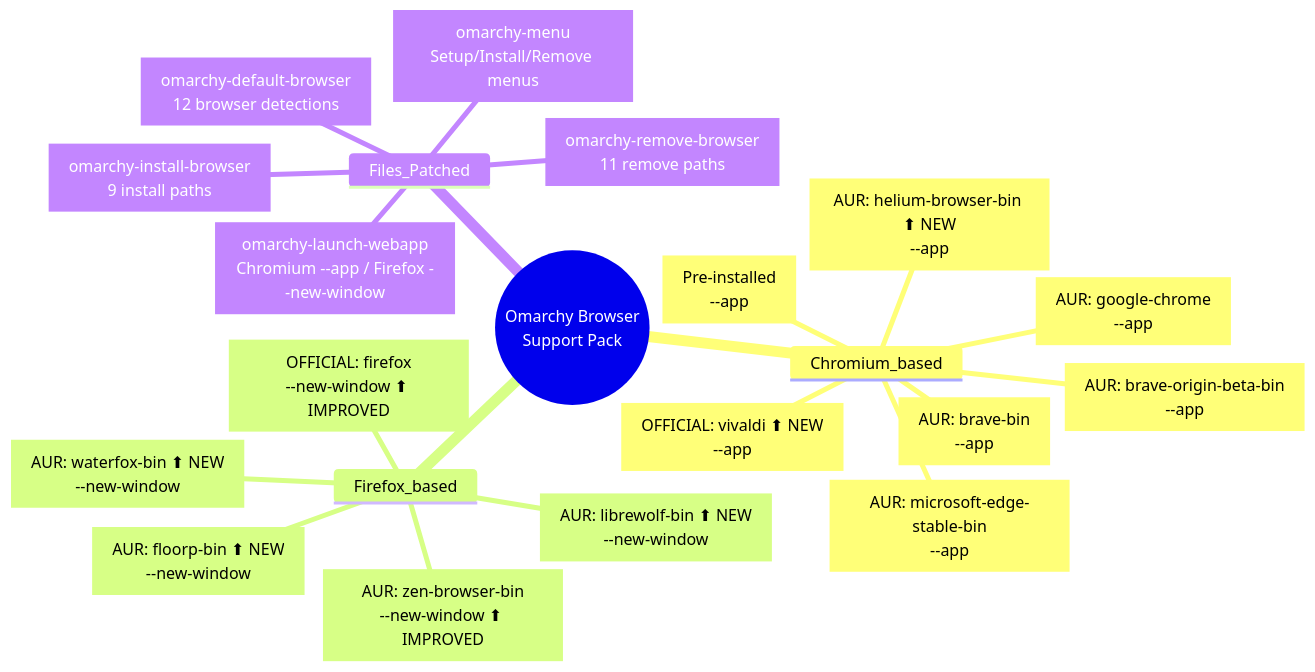
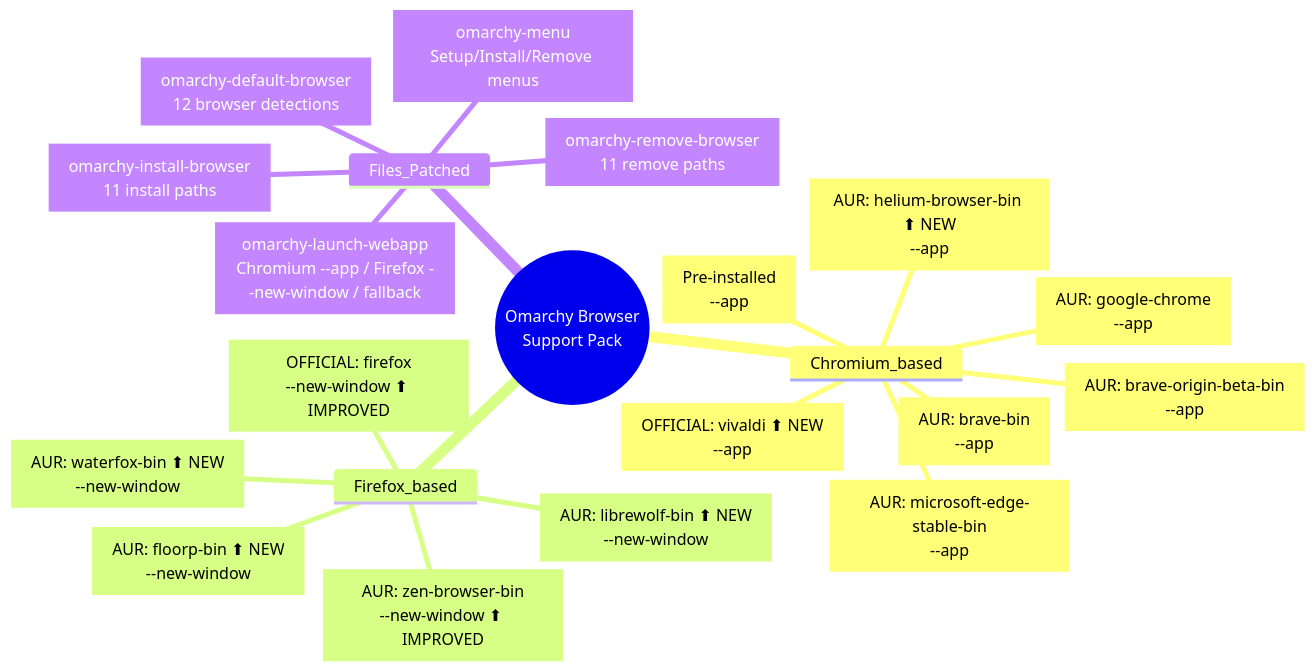
One commit to hembramnishant50-glitch/omarchy-browser-support changed the diagram in MINDMAP.md. Above: the diagram before and after it, drawn with Mermaid. The commit also changed other lines of this file and 7 other files, not shown here.

````diff
--- a/MINDMAP.md
+++ b/MINDMAP.md
@@ -1,24 +1,24 @@
 ```mermaid
 mindmap
   root((Omarchy Browser<br/>Support Pack))
     Chromium_based
       Chromium["Pre-installed<br/>--app"]
       Chrome["AUR: google-chrome<br/>--app"]
       Brave["AUR: brave-bin<br/>--app"]
       Brave_Origin["AUR: brave-origin-beta-bin<br/>--app"]
       Edge["AUR: microsoft-edge-stable-bin<br/>--app"]
       Vivaldi["OFFICIAL: vivaldi ⬆ NEW<br/>--app"]
       Helium["AUR: helium-browser-bin ⬆ NEW<br/>--app"]
     Firefox_based
       Firefox["OFFICIAL: firefox<br/>--new-window ⬆ IMPROVED"]
       Zen["AUR: zen-browser-bin<br/>--new-window ⬆ IMPROVED"]
       Floorp["AUR: floorp-bin ⬆ NEW<br/>--new-window"]
       Waterfox["AUR: waterfox-bin ⬆ NEW<br/>--new-window"]
       LibreWolf["AUR: librewolf-bin ⬆ NEW<br/>--new-window"]
     Files_Patched
       default_browser["omarchy-default-browser<br/>12 browser detections"]
-      install_browser["omarchy-install-browser<br/>9 install paths"]
+      install_browser["omarchy-install-browser<br/>11 install paths"]
       remove_browser["omarchy-remove-browser<br/>11 remove paths"]
       menu["omarchy-menu<br/>Setup/Install/Remove menus"]
-      webapp["omarchy-launch-webapp<br/>Chromium --app / Firefox --new-window"]
+      webapp["omarchy-launch-webapp<br/>Chromium --app / Firefox --new-window / fallback"]
 ```
````
